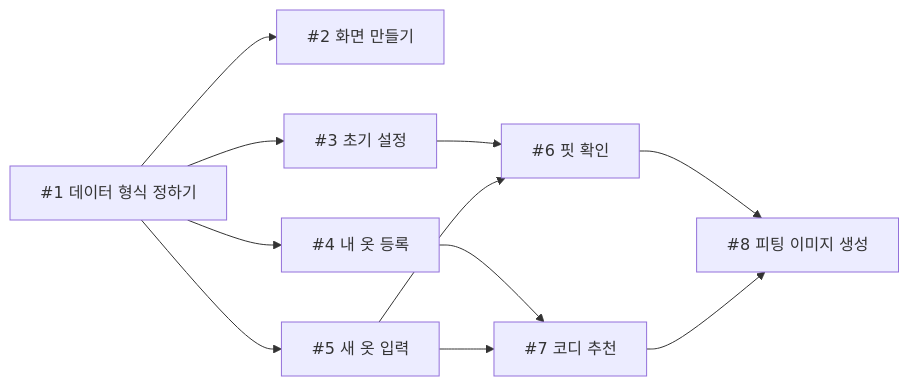
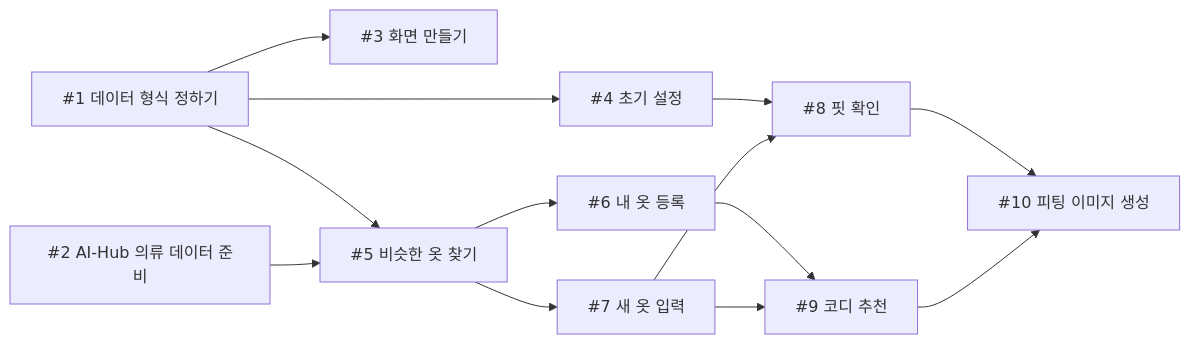
One commit to junyoung0423/aix-2026f-team10 changed the diagram in docs/week-05.md. Above: the diagram before and after it, drawn with Mermaid. The commit also changed other lines of this file, not shown here.

````diff
--- a/docs/week-05.md
+++ b/docs/week-05.md
@@ -51,13 +53,15 @@
 ```mermaid
 graph LR
-  T1["#1 데이터 형식 정하기"] --> T2["#2 화면 만들기"]
-  T1 --> T3["#3 초기 설정"]
-  T1 --> T4["#4 내 옷 등록"]
-  T1 --> T5["#5 새 옷 입력"]
-  T3 --> T6["#6 핏 확인"]
-  T5 --> T6
-  T4 --> T7["#7 코디 추천"]
-  T5 --> T7
-  T6 --> T8["#8 피팅 이미지 생성"]
+  T1["#1 데이터 형식 정하기"] --> T3["#3 화면 만들기"]
+  T1 --> T4["#4 초기 설정"]
+  T1 --> T5["#5 비슷한 옷 찾기"]
+  T2["#2 AI-Hub 의류 데이터 준비"] --> T5
+  T5 --> T6["#6 내 옷 등록"]
+  T5 --> T7["#7 새 옷 입력"]
+  T4 --> T8["#8 핏 확인"]
   T7 --> T8
+  T6 --> T9["#9 코디 추천"]
+  T7 --> T9
+  T8 --> T10["#10 피팅 이미지 생성"]
+  T9 --> T10
 ```
````
